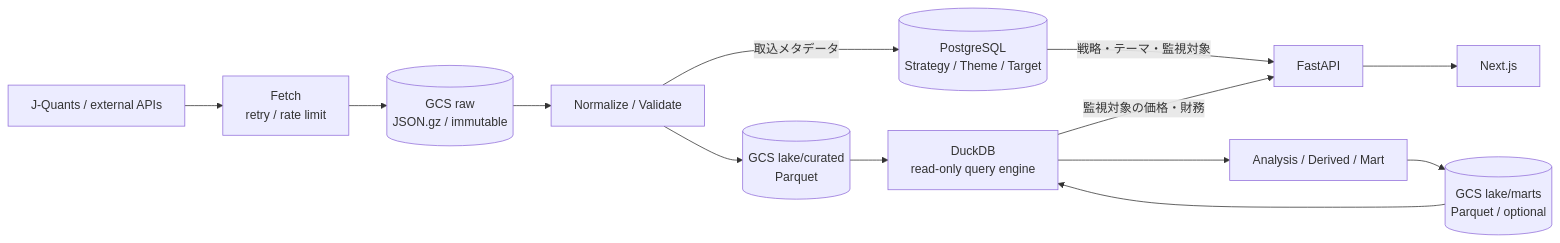
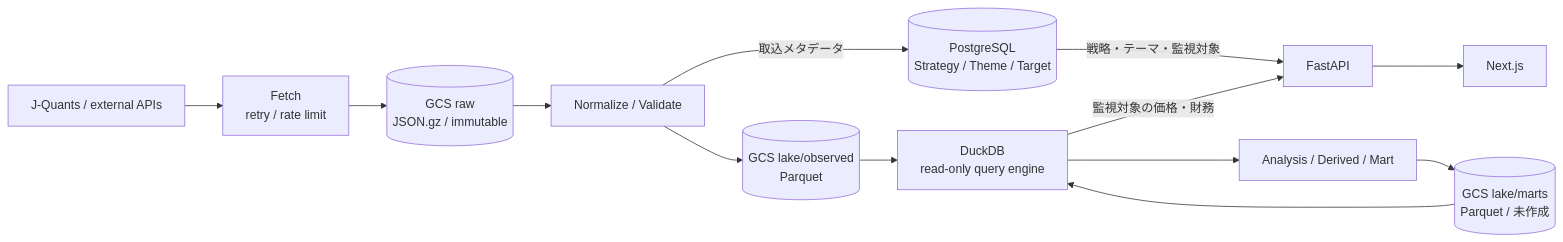
The diagram in docs/data/design-principles.md (3110mmn/invest-monitoring-platform), drawn with Mermaid before and after one commit. The commit also changed other lines of this file and 3 other files, not shown here.

First line of the commit message:
docs: correct the runtime diagram and lake paths

````diff
--- a/docs/data/design-principles.md
+++ b/docs/data/design-principles.md
@@ -82,26 +81,26 @@
 ```mermaid
 flowchart LR
     Sources["J-Quants / external APIs"]
     Fetch["Fetch<br/>retry / rate limit"]
     Raw[("GCS raw<br/>JSON.gz / immutable")]
     Transform["Normalize / Validate"]
     AppDB[("PostgreSQL<br/>Strategy / Theme / Target")]
-    Curated[("GCS lake/curated<br/>Parquet")]
+    Observed[("GCS lake/observed<br/>Parquet")]
     DuckDB["DuckDB<br/>read-only query engine"]
     Analysis["Analysis / Derived / Mart"]
-    Marts[("GCS lake/marts<br/>Parquet / optional")]
+    Marts[("GCS lake/marts<br/>Parquet / 未作成")]
     API["FastAPI"]
     Web["Next.js"]
 
     Sources --> Fetch --> Raw
     Raw --> Transform
-    Transform --> Curated
+    Transform --> Observed
     Transform -->|"取込メタデータ"| AppDB
     AppDB -->|"戦略・テーマ・監視対象"| API
-    Curated --> DuckDB
+    Observed --> DuckDB
     DuckDB -->|"監視対象の価格・財務"| API
     API --> Web
     DuckDB --> Analysis
     Analysis --> Marts
     Marts --> DuckDB
 ```
````
